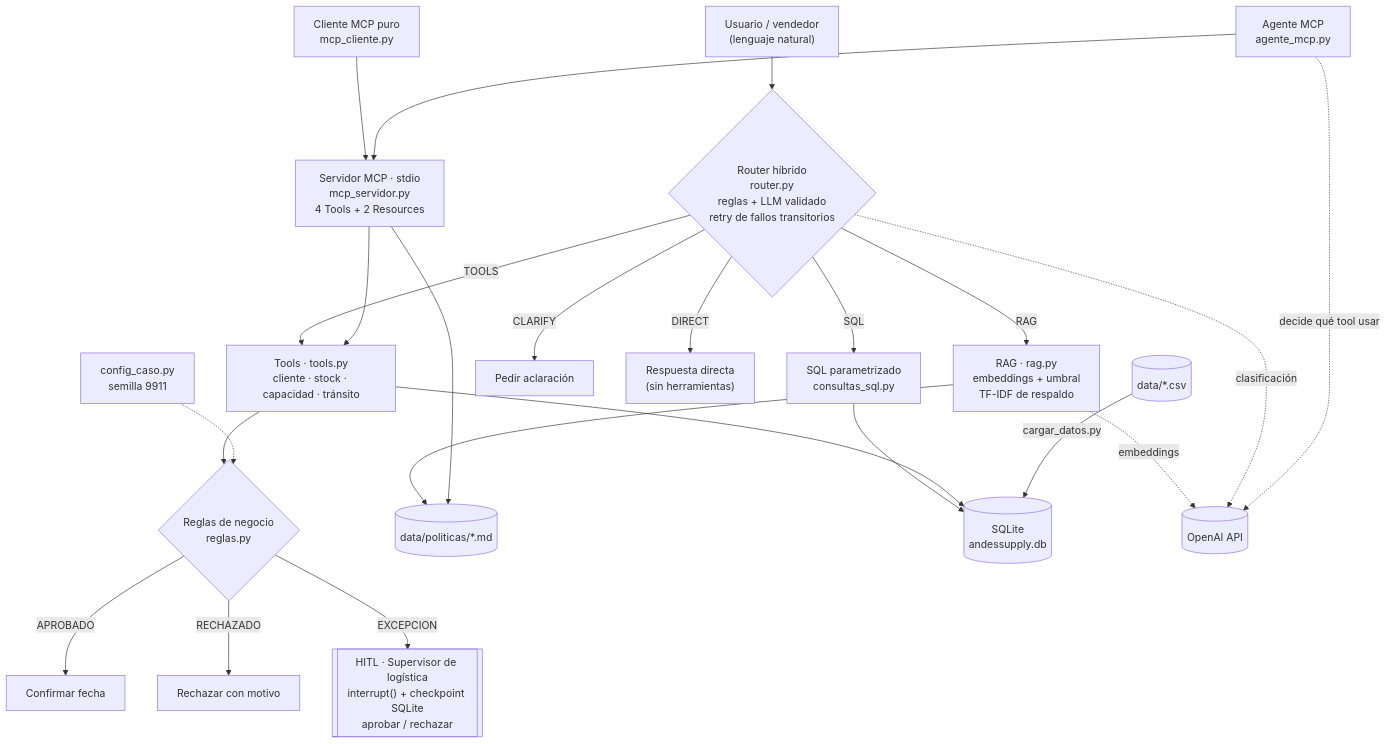
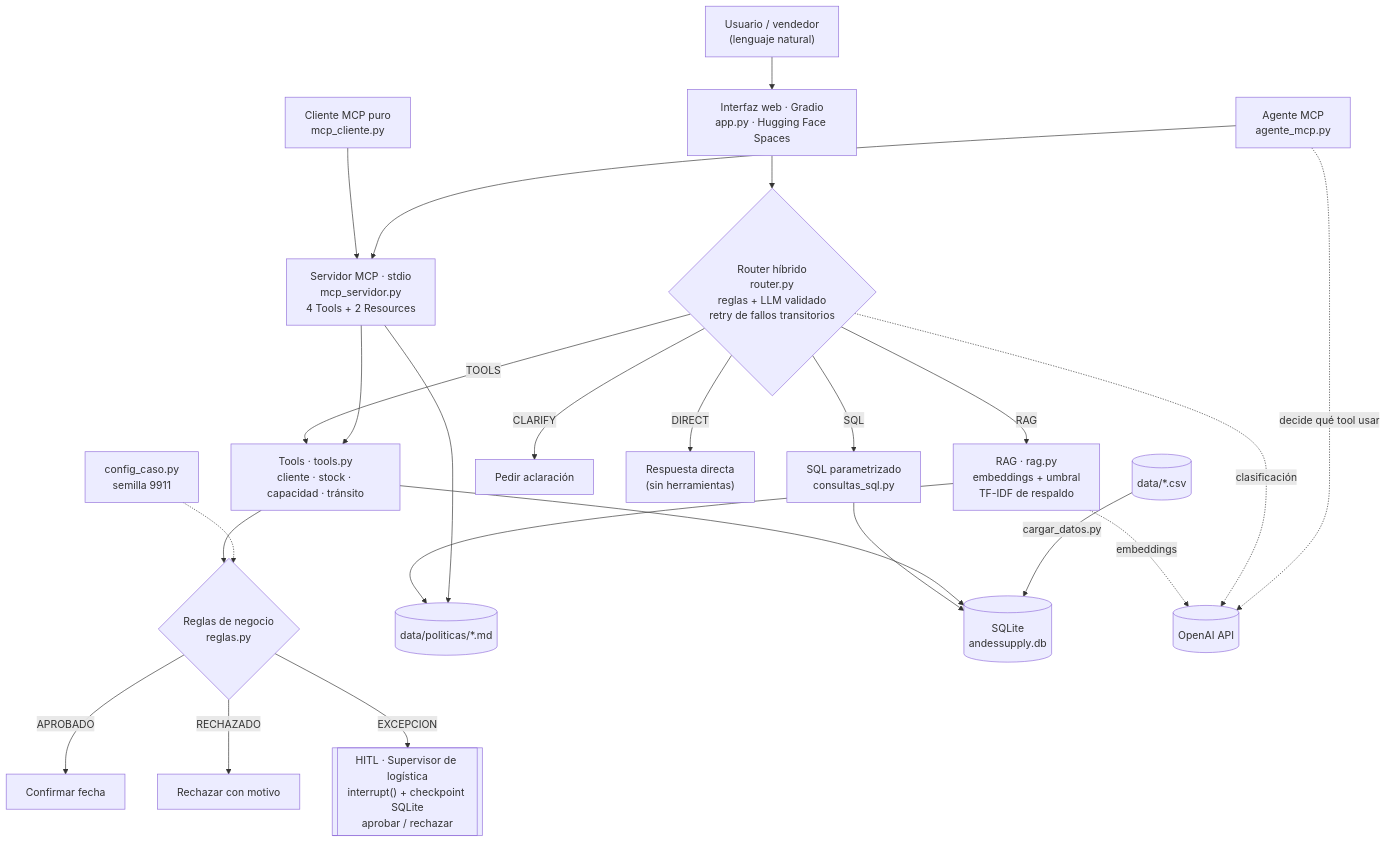
Before and after one commit to cesardataviz/romero_cesar_modulo3_dsrp: the diagram in README.md, drawn with Mermaid. The commit also changed other lines of this file and 3 other files, not shown here.

Commit message:
LOG-009: README con la interfaz Gradio y capturas del flujo cliente-supervisor

````diff
--- a/README.md
+++ b/README.md
@@ -13,30 +33,31 @@
 ```mermaid
 flowchart TD
-    U["Usuario / vendedor<br/>(lenguaje natural)"] --> R{"Router híbrido<br/>router.py<br/>reglas + LLM validado<br/>retry de fallos transitorios"}
+    U["Usuario / vendedor<br/>(lenguaje natural)"] --> UI["Interfaz web · Gradio<br/>app.py · Hugging Face Spaces"]
+    UI --> R{"Router híbrido<br/>router.py<br/>reglas + LLM validado<br/>retry de fallos transitorios"}
 
     R -->|RAG| RAG["RAG · rag.py<br/>embeddings + umbral<br/>TF-IDF de respaldo"]
     R -->|SQL| SQL["SQL parametrizado<br/>consultas_sql.py"]
     R -->|TOOLS| T["Tools · tools.py<br/>cliente · stock · capacidad · tránsito"]
     R -->|CLARIFY| C["Pedir aclaración"]
     R -->|DIRECT| D["Respuesta directa<br/>(sin herramientas)"]
 
     T --> RG{"Reglas de negocio<br/>reglas.py"}
     RG -->|APROBADO| OK["Confirmar fecha"]
     RG -->|RECHAZADO| NO["Rechazar con motivo"]
     RG -->|EXCEPCION| H[["HITL · Supervisor de logística<br/>interrupt() + checkpoint SQLite<br/>aprobar / rechazar"]]
 
     RAG --> DOCS[("data/politicas/*.md")]
     SQL --> DB[("SQLite<br/>andessupply.db")]
     T --> DB
     CSV[("data/*.csv")] -->|cargar_datos.py| DB
     CFG["config_caso.py<br/>semilla 9911"] -.-> RG
     RAG -.->|embeddings| OAI[("OpenAI API")]
     R -.->|clasificación| OAI
     MS["Servidor MCP · stdio<br/>mcp_servidor.py<br/>4 Tools + 2 Resources"] --> T
     MS --> DOCS
     CL["Cliente MCP puro<br/>mcp_cliente.py"] --> MS
     AG["Agente MCP<br/>agente_mcp.py"] --> MS
     AG -.->|decide qué tool usar| OAI
 
 
 ```
````
